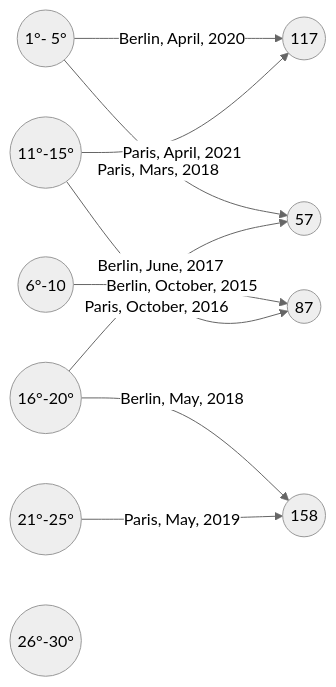
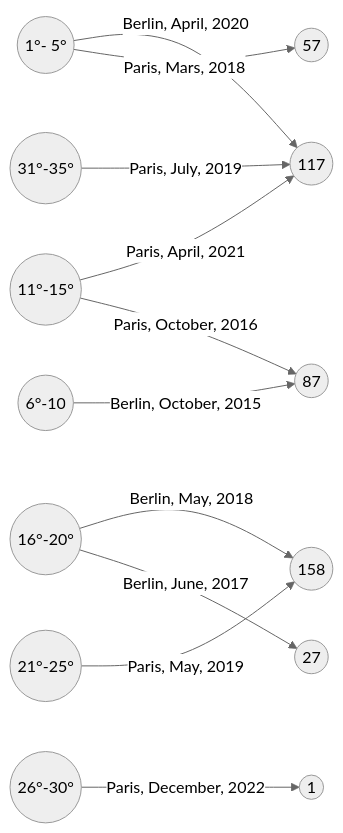
The diagram in README.md (antoinekrull/cute-whales), drawn with Mermaid (neutral theme) before and after one commit.

Commit message:
change to readme

````diff
--- a/README.md
+++ b/README.md
@@ -45,12 +45,13 @@
 ```mermaid
 flowchart LR
     t1((1°- 5°)) -- Berlin, April, 2020 --> d1((117))
     t1((1°- 5°)) -- Paris, Mars, 2018 --> d2((57))
     t2((6°-10)) -- Berlin, October, 2015 --> d3((87))
     t3((11°-15°)) -- Paris, April, 2021 --> d1((117))
     t4((16°-20°)) --Berlin, May, 2018 --> d4((158))
     t5((21°-25°)) -- Paris, May, 2019 --> d4((158)) 
     t3((11°-15°)) -- Paris, October, 2016 --> d3((87))
-    t4((16°-20°)) -- Berlin, June, 2017 --> d2((57))
-    t6((26°-30°)) 
+    t4((16°-20°)) -- Berlin, June, 2017 --> d5((27))
+    t6((26°-30°)) -- Paris, December, 2022 --> d6((1))
+    t7((31°-35°)) -- Paris, July, 2019 --> d1((117))
 ```
````
